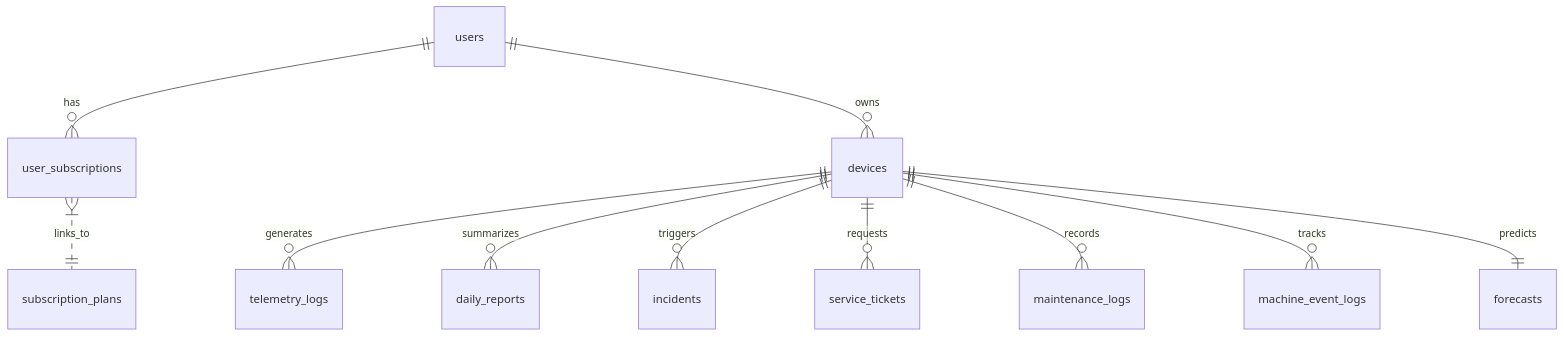
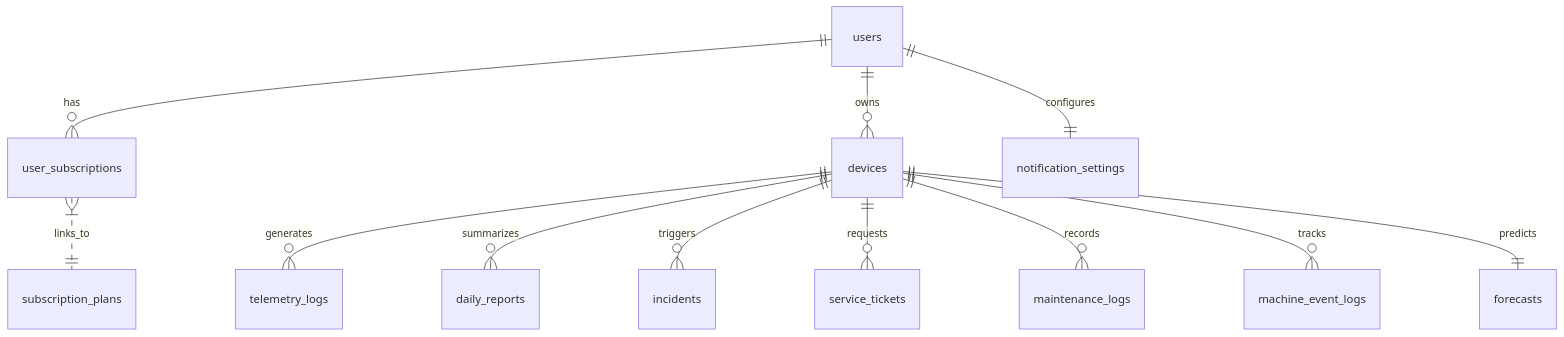
One commit to kimjuyoung1127/signalcraftWebApp changed the diagram in docs/schema.md. Above: the diagram before and after it, drawn with Mermaid. The commit also changed other lines of this file and 9 other files, not shown here.

````diff
--- a/docs/schema.md
+++ b/docs/schema.md
@@ -16,13 +16,14 @@
 ```mermaid
 erDiagram
     users ||--o{ user_subscriptions : has
     user_subscriptions }|..|| subscription_plans : links_to
     users ||--o{ devices : owns
     devices ||--o{ telemetry_logs : generates
     devices ||--o{ daily_reports : summarizes
     devices ||--o{ incidents : triggers
     devices ||--o{ service_tickets : requests
     devices ||--o{ maintenance_logs : records
     devices ||--o{ machine_event_logs : tracks
     devices ||--|| forecasts : predicts
+    users ||--|| notification_settings : configures
 ```
````
